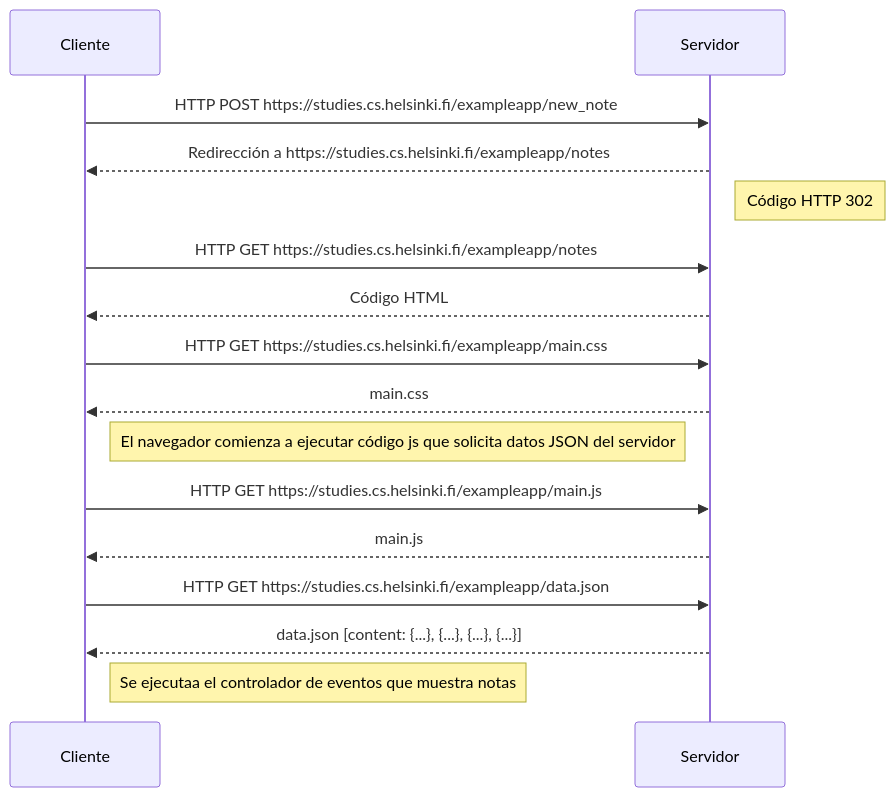
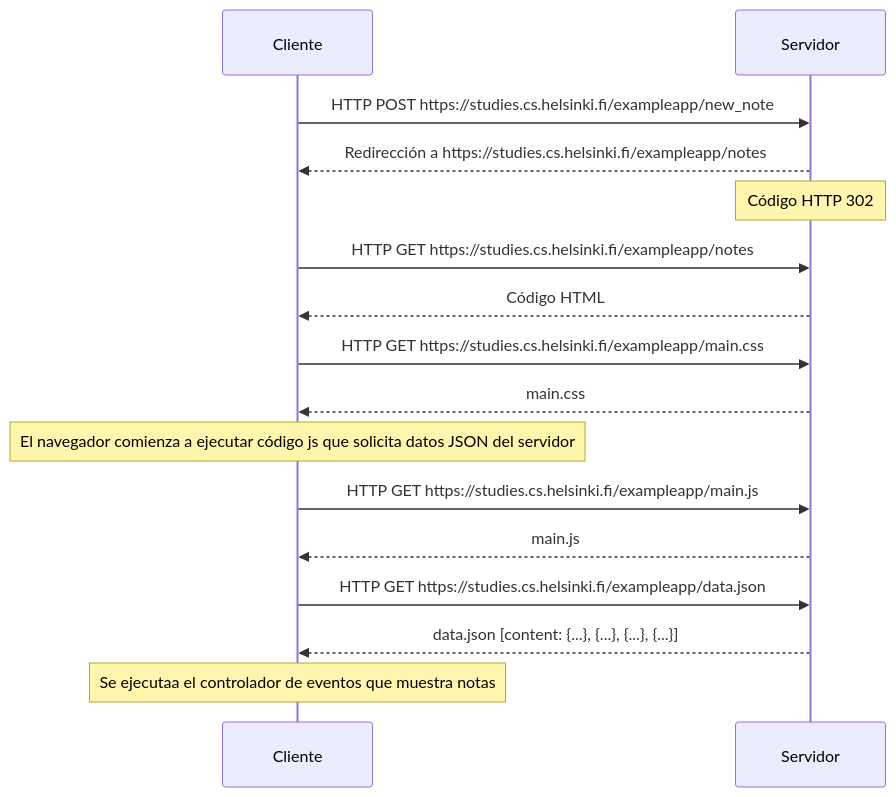
Before and after one commit to SebastianPera/Fullstackopen: the diagram in diagrama_secuencia.mmd, drawn with Mermaid.

```diff
--- a/diagrama_secuencia.mmd
+++ b/diagrama_secuencia.mmd
@@ -1,24 +1,24 @@
 
 sequenceDiagram
     participant Cliente
     participant Servidor
 
     Cliente->>Servidor: HTTP POST https://studies.cs.helsinki.fi/exampleapp/new_note
     Servidor-->>Cliente: Redirección a https://studies.cs.helsinki.fi/exampleapp/notes
-    Note right of Servidor: Código HTTP 302
+    Note over Servidor: Código HTTP 302
 
     Cliente->>Servidor: HTTP GET https://studies.cs.helsinki.fi/exampleapp/notes
     Servidor-->>Cliente: Código HTML
 
     Cliente->>Servidor: HTTP GET https://studies.cs.helsinki.fi/exampleapp/main.css
     Servidor-->>Cliente: main.css
 
-    Note right of Cliente: El navegador comienza a ejecutar código js que solicita datos JSON del servidor
+    Note over Cliente: El navegador comienza a ejecutar código js que solicita datos JSON del servidor
 
     Cliente->>Servidor: HTTP GET https://studies.cs.helsinki.fi/exampleapp/main.js
     Servidor-->>Cliente: main.js
 
     Cliente->>Servidor: HTTP GET https://studies.cs.helsinki.fi/exampleapp/data.json
     Servidor-->>Cliente: data.json [content: {...}, {...}, {...}, {...}]
 
-    Note right of Cliente: Se ejecutaa el controlador de eventos que muestra notas
+    Note over Cliente: Se ejecutaa el controlador de eventos que muestra notas
```
